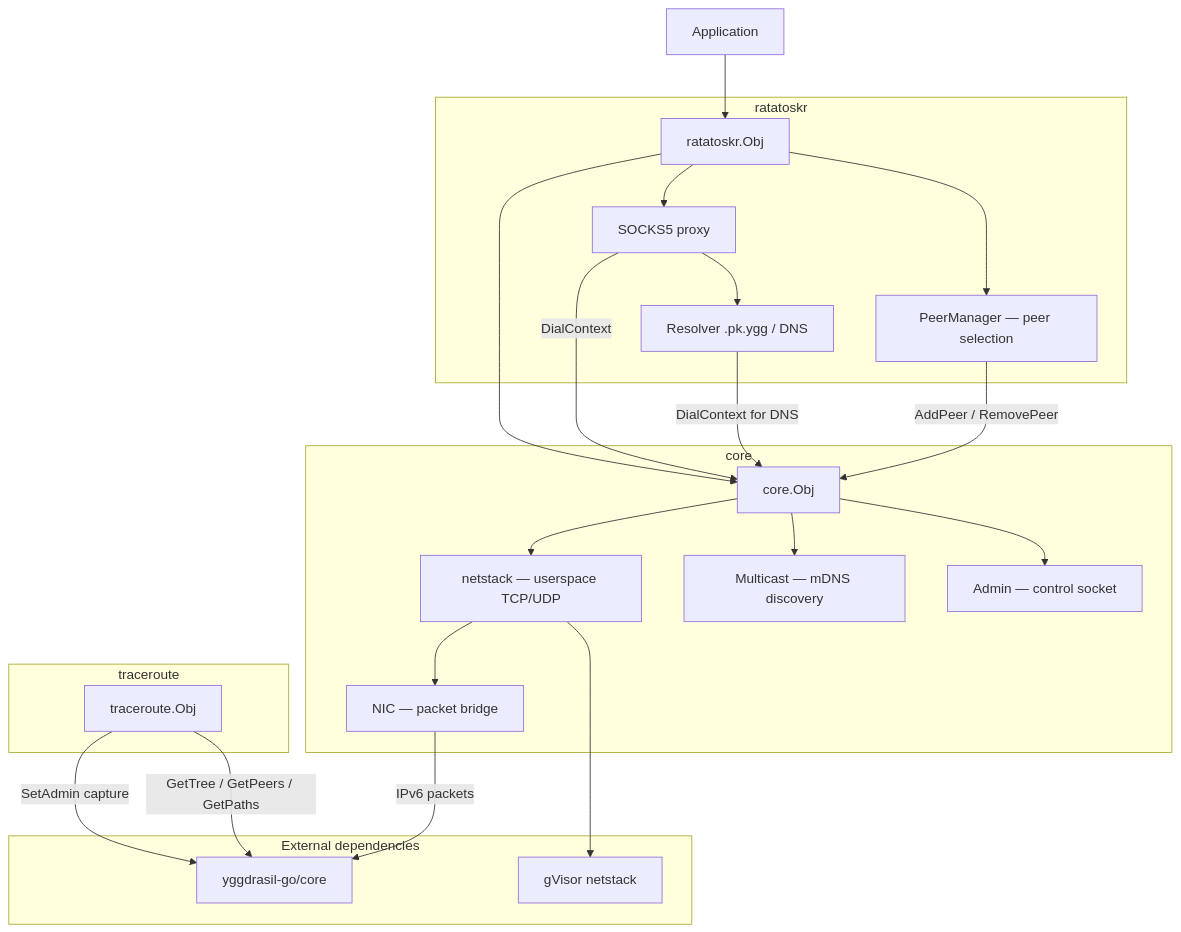
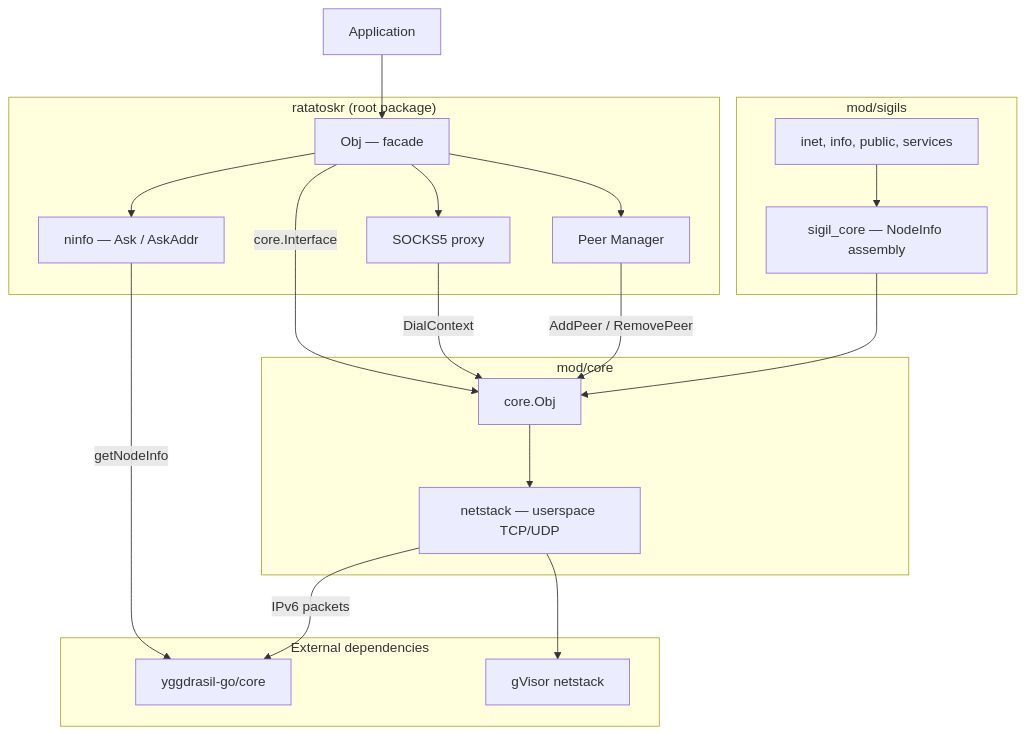
One commit to voluminor/ratatoskr changed the first of 6 diagrams in README.md. Above: the diagram before and after it, drawn with Mermaid. The commit also changed other lines of this file and 109 other files, not shown here.

````diff
--- a/README.md
+++ b/README.md
@@ -157,47 +125,40 @@
 ```mermaid
-graph TB
+flowchart TB
     App[Application]
 
-subgraph ratatoskr
-Obj[ratatoskr.Obj]
-SOCKS[SOCKS5 proxy]
-Resolver[Resolver .pk.ygg / DNS]
-PeerMgr[PeerManager — peer selection]
-    end
+  subgraph ratatoskr["ratatoskr (root package)"]
+    Obj["Obj — facade"]
+    SOCKS["SOCKS5 proxy"]
+    PeerMgr["Peer Manager"]
+    NInfo["ninfo — Ask / AskAddr"]
+  end
 
-subgraph traceroute
-TR[traceroute.Obj]
-end
+  subgraph core["mod/core"]
+    CoreObj["core.Obj"]
+    Netstack["netstack — userspace TCP/UDP"]
+  end
 
-subgraph core
-CoreObj[core.Obj]
-Netstack[netstack — userspace TCP/UDP]
-NIC[NIC — packet bridge]
-Multicast[Multicast — mDNS discovery]
-Admin[Admin — control socket]
-end
+  subgraph sigils["mod/sigils"]
+    SigilCore["sigil_core — NodeInfo assembly"]
+    Sigils["inet, info, public, services"]
+  end
 
-subgraph external [External dependencies]
-YggCore[yggdrasil-go/core]
-gVisor[gVisor netstack]
-end
+  subgraph external["External dependencies"]
+    YggCore["yggdrasil-go/core"]
+    gVisor["gVisor netstack"]
+  end
 
-App --> Obj
-Obj --> CoreObj
-Obj --> SOCKS
-Obj --> PeerMgr
-SOCKS --> Resolver
-SOCKS -->|DialContext|CoreObj
-Resolver -->|DialContext for DNS|CoreObj
-PeerMgr -->|AddPeer / RemovePeer|CoreObj
-
-TR -->|SetAdmin capture|YggCore
-TR -->|GetTree / GetPeers / GetPaths|YggCore
-
-CoreObj --> Netstack
-CoreObj --> Multicast
-CoreObj --> Admin
-Netstack --> NIC
-NIC -->|IPv6 packets|YggCore
-Netstack --> gVisor
+  App --> Obj
+  Obj -->|" core.Interface "| CoreObj
+  Obj --> SOCKS
+  Obj --> PeerMgr
+  Obj --> NInfo
+  NInfo -->|" getNodeInfo "| YggCore
+  SOCKS -->|" DialContext "| CoreObj
+  PeerMgr -->|" AddPeer / RemovePeer "| CoreObj
+  SigilCore --> CoreObj
+  Sigils --> SigilCore
+  CoreObj --> Netstack
+  Netstack --> gVisor
+  Netstack -->|" IPv6 packets "| YggCore
 ```
````
